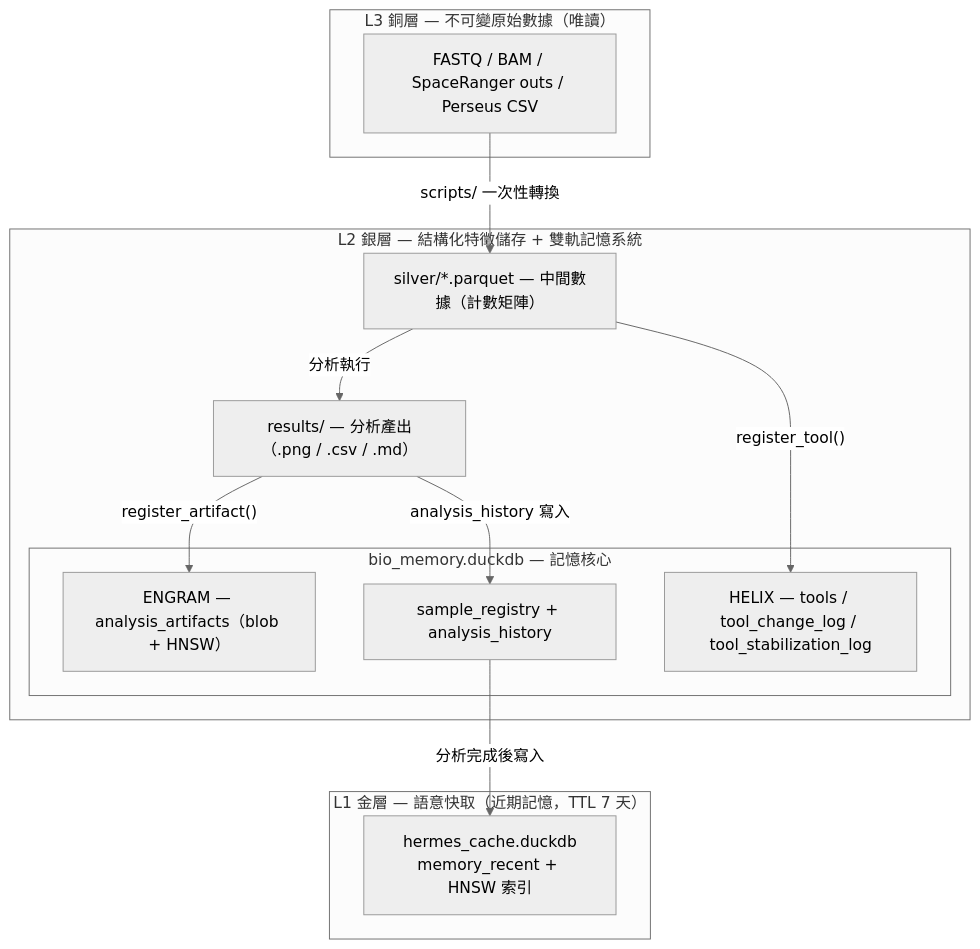
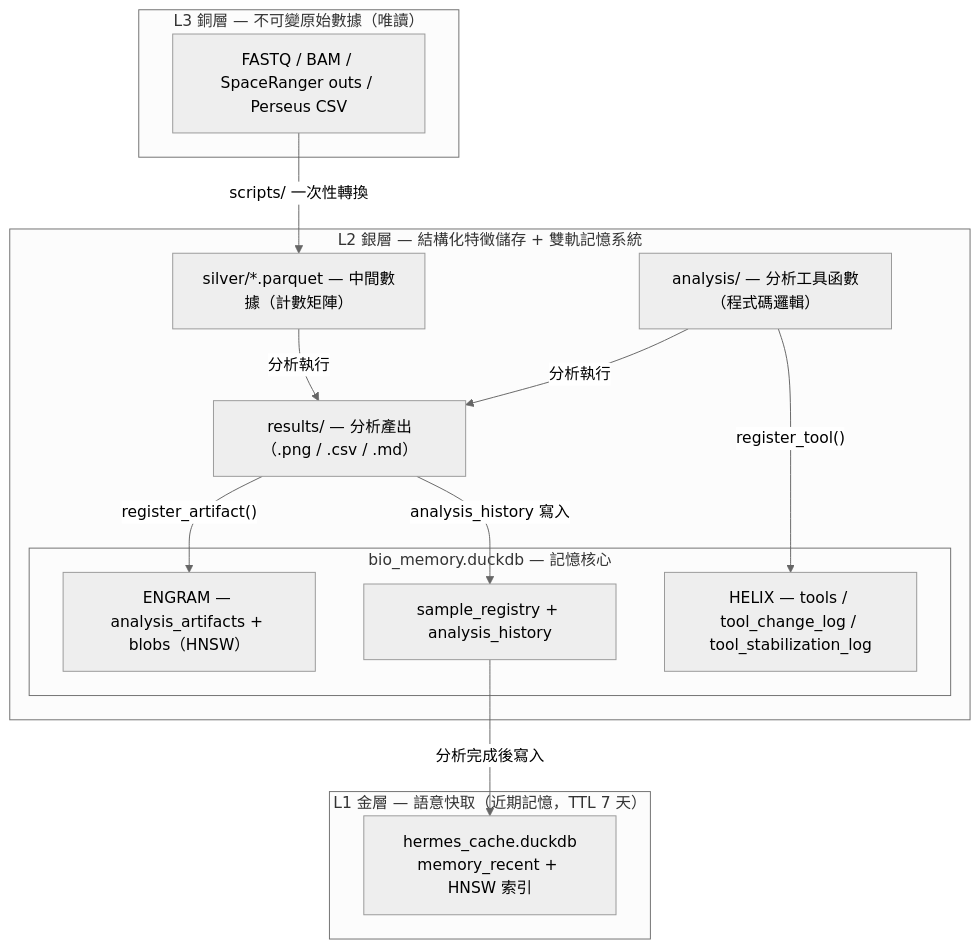
One commit to ddmanyes/Evo_PRISM changed the first of 4 diagrams in plan_zh.md. Above: the diagram before and after it, drawn with Mermaid (neutral theme).

Commit message:
docs(plan): align Chapter 3 Mermaid diagram with exact code architecture and migration details

````diff
--- a/plan_zh.md
+++ b/plan_zh.md
@@ -108,28 +108,30 @@
 ```mermaid
 graph TD
 subgraph L3["L3 銅層 — 不可變原始數據（唯讀）"]
 raw["FASTQ / BAM / SpaceRanger outs / Perseus CSV"]
 end
 
 subgraph L2["L2 銀層 — 結構化特徵儲存 + 雙軌記憶系統"]
 parquet["silver/*.parquet — 中間數據（計數矩陣）"]
 results["results/ — 分析產出（.png / .csv / .md）"]
+analysis_funcs["analysis/ — 分析工具函數（程式碼邏輯）"]
 subgraph db["bio_memory.duckdb — 記憶核心"]
 core["sample_registry + analysis_history"]
 helix["HELIX — tools / tool_change_log / tool_stabilization_log"]
-engram["ENGRAM — analysis_artifacts（blob + HNSW）"]
+engram["ENGRAM — analysis_artifacts + blobs（HNSW）"]
 end
 end
 
 subgraph L1["L1 金層 — 語意快取（近期記憶，TTL 7 天）"]
 cache["hermes_cache.duckdb
 memory_recent + HNSW 索引"]
 end
 
 raw -->|"scripts/ 一次性轉換"| parquet
 parquet -->|"分析執行"| results
+analysis_funcs -->|"分析執行"| results
+analysis_funcs -->|"register_tool()"| helix
 results -->|"register_artifact()"| engram
-parquet -->|"register_tool()"| helix
 results -->|"analysis_history 寫入"| core
 core -->|"分析完成後寫入"| cache
 ```
````
